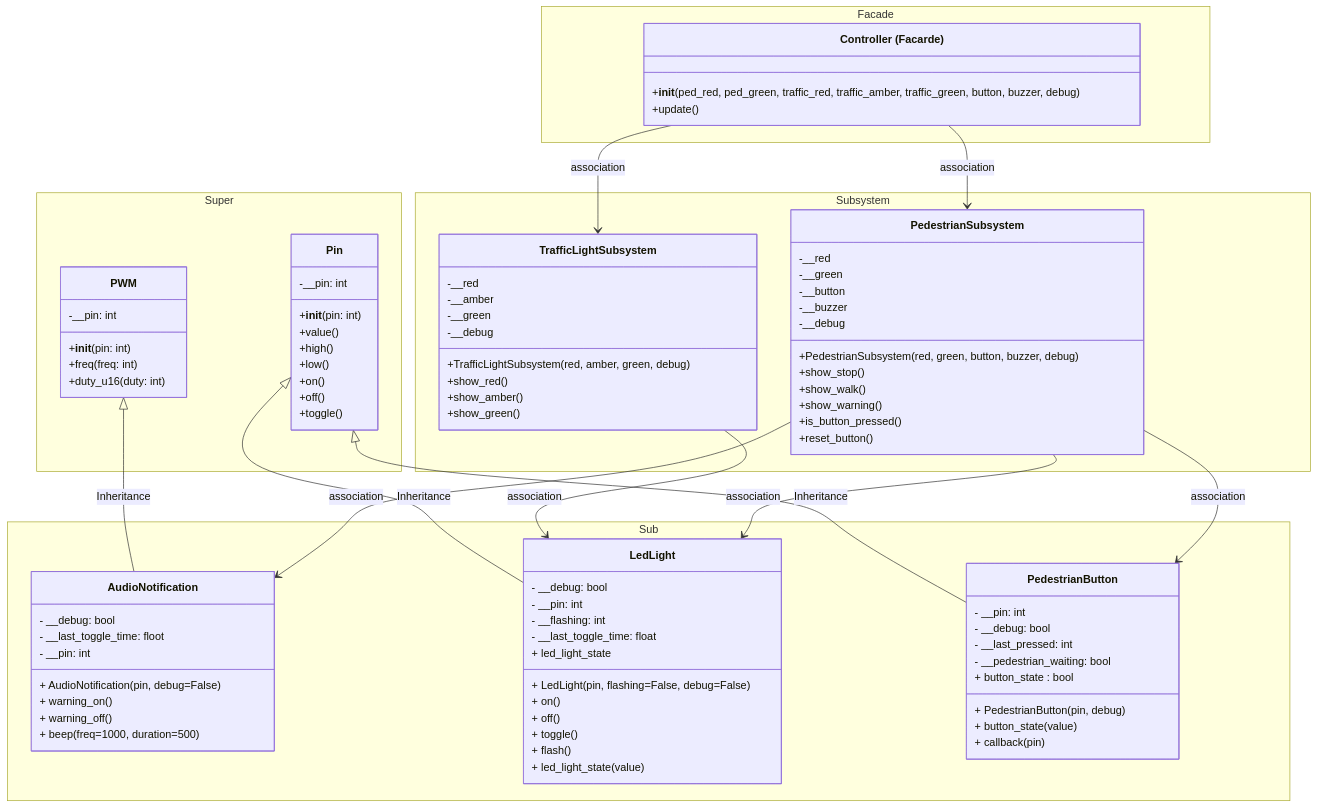
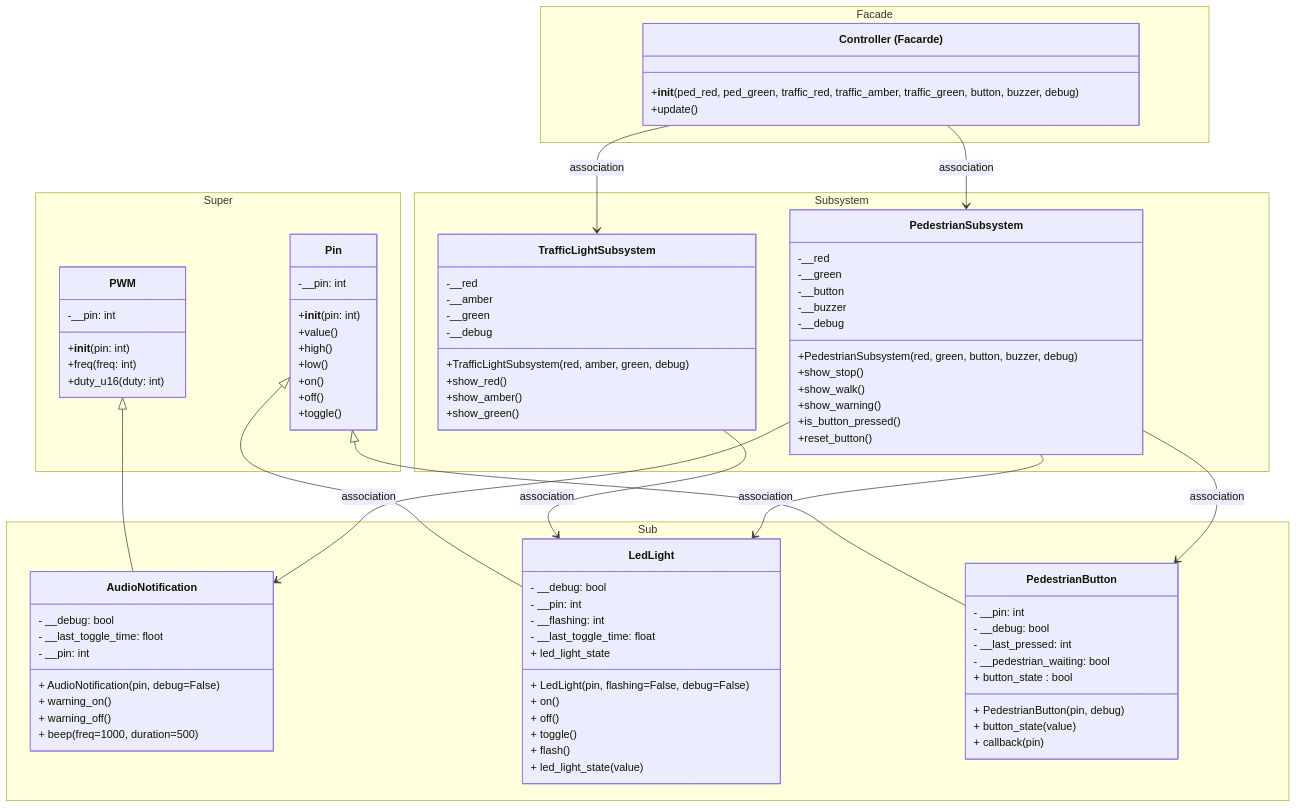
Before and after one commit to TempeHS/MicroPython_OOP_Pi_Pico_Mini_Project_Source: the diagram in tutorials/Lecture7.md, drawn with Mermaid.

Commit message:
refactor: simplify inheritance declarations in class diagram in Lecture7.md

```diff
--- a/tutorials/Lecture7.md
+++ b/tutorials/Lecture7.md
@@ -162,9 +162,9 @@
         }
     }
 
-    Pin <|-- LedLight : Inheritance
-    Pin <|-- PedestrianButton : Inheritance
-    PWM <|-- AudioNotification : Inheritance
+    Pin <|-- LedLight
+    Pin <|-- PedestrianButton
+    PWM <|-- AudioNotification
 
     ControllerFacade --> TrafficLightSubsystem : association
     ControllerFacade --> PedestrianSubsystem : association
```
